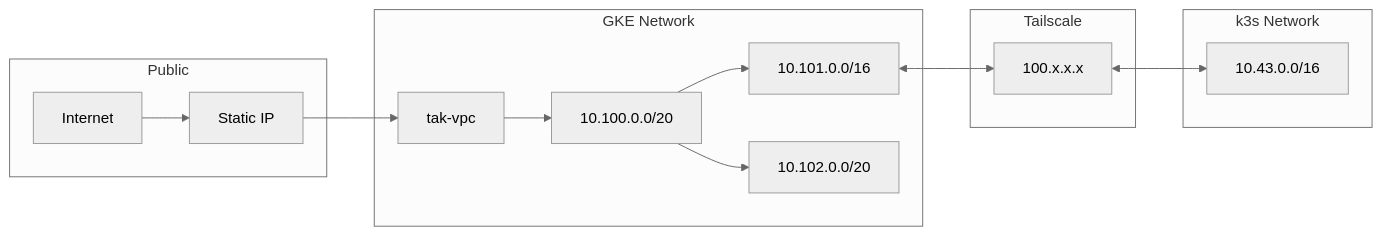
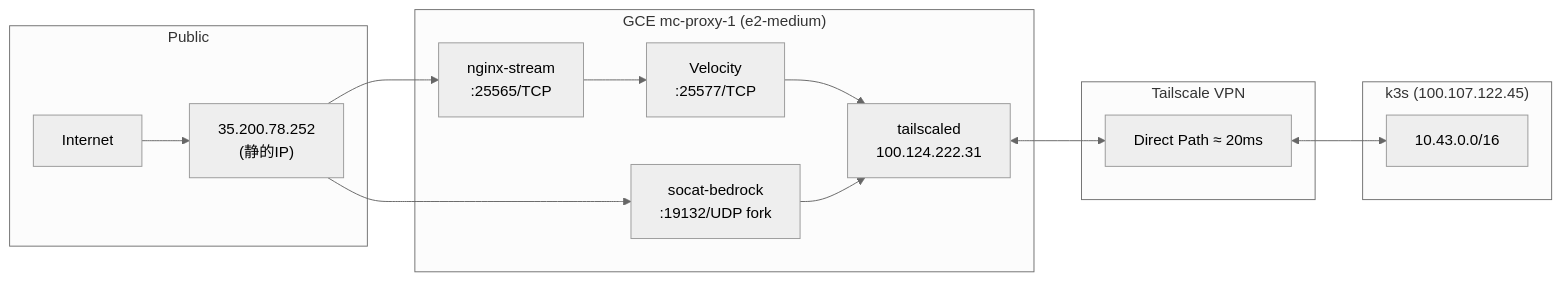
Before and after one commit to Tagomori0211/Minecraft-on-Kubenates: the second of 5 diagrams in Documents/README/Home.md, drawn with Mermaid (neutral theme). The commit also changed other lines of this file and 6 other files, not shown here.

````diff
--- a/Documents/README/Home.md
+++ b/Documents/README/Home.md
@@ -79,30 +86,31 @@
 ```mermaid
 flowchart LR
     subgraph Public
         Internet["Internet"]
-        IP["Static IP"]
+        IP["35.200.78.252\n(静的IP)"]
     end
 
-    subgraph GKE_Net["GKE Network"]
-        VPC["tak-vpc"]
-        Subnet["10.100.0.0/20"]
-        Pod["10.101.0.0/16"]
-        Svc["10.102.0.0/20"]
+    subgraph GCE["GCE mc-proxy-1 (e2-medium)"]
+        Nginx["nginx-stream\n:25565/TCP"]
+        Velocity["Velocity\n:25577/TCP"]
+        Socat["socat-bedrock\n:19132/UDP fork"]
+        Tailscaled["tailscaled\n100.124.222.31"]
+        Nginx --> Velocity
     end
 
-    subgraph TS_Net["Tailscale"]
-        TS["100.x.x.x"]
+    subgraph TS_Net["Tailscale VPN"]
+        Direct["Direct Path ≈ 20ms"]
     end
 
-    subgraph K3S_Net["k3s Network"]
+    subgraph K3S_Net["k3s (100.107.122.45)"]
         K3S_Svc["10.43.0.0/16"]
     end
 
     Internet --> IP
-    IP --> VPC
-    VPC --> Subnet
-    Subnet --> Pod
-    Subnet --> Svc
-    Pod <--> TS
-    TS <--> K3S_Svc
+    IP --> Nginx
+    IP --> Socat
+    Velocity --> Tailscaled
+    Socat --> Tailscaled
+    Tailscaled <--> Direct
+    Direct <--> K3S_Svc
 ```
````
